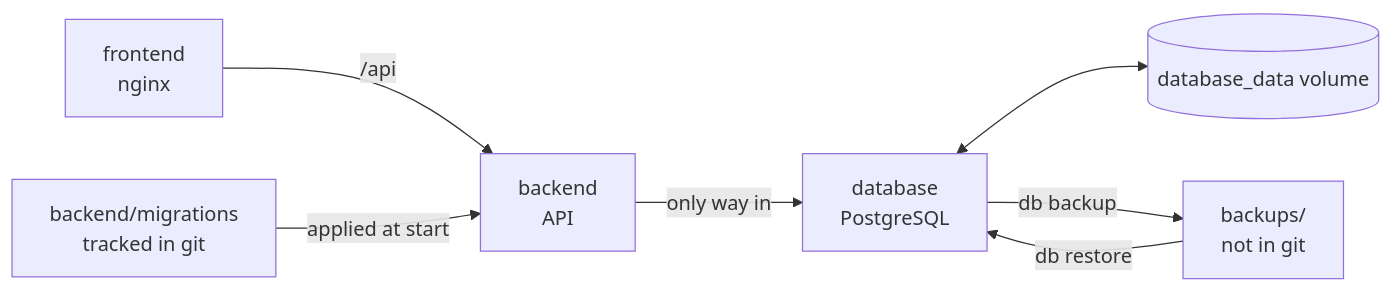
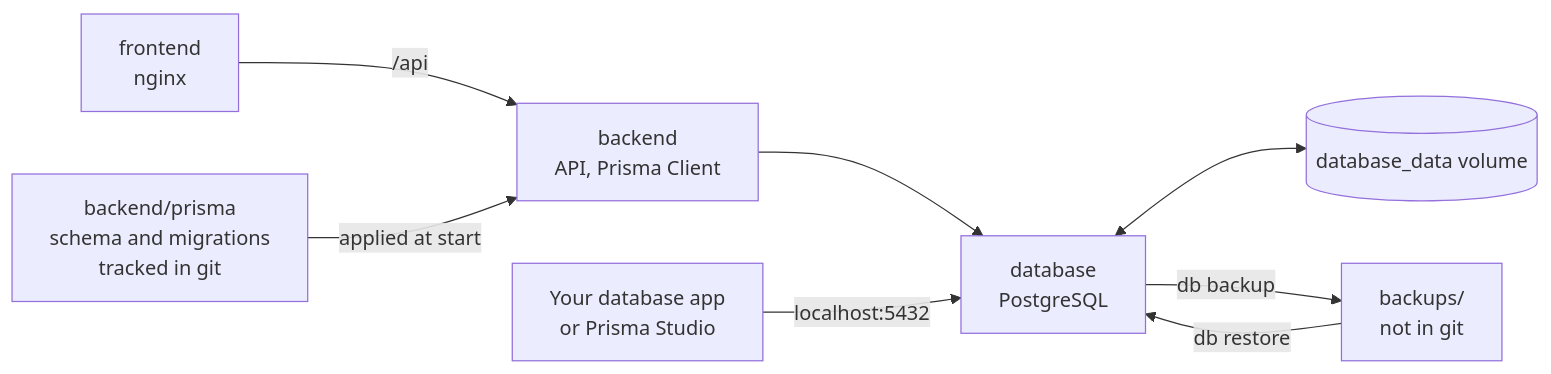
Before and after one commit to biruklarebo/veylith: the first of 4 diagrams in docs/database.md, drawn with Mermaid. The commit also changed other lines of this file and 22 other files, not shown here.

````diff
--- a/docs/database.md
+++ b/docs/database.md
@@ -5,16 +7,18 @@
 ```mermaid
 flowchart LR
     frontend["frontend<br/>nginx"]
-    backend["backend<br/>API"]
+    backend["backend<br/>API, Prisma Client"]
     database["database<br/>PostgreSQL"]
     volume[("database_data volume")]
-    migrations["backend/migrations<br/>tracked in git"]
+    schema["backend/prisma<br/>schema and migrations<br/>tracked in git"]
+    you["Your database app<br/>or Prisma Studio"]
     backups["backups/<br/>not in git"]
 
     frontend -- "/api" --> backend
-    backend -- "only way in" --> database
+    backend --> database
+    you -- "localhost:5432" --> database
     database <--> volume
-    migrations -- "applied at start" --> backend
+    schema -- "applied at start" --> backend
     database -- "db backup" --> backups
     backups -- "db restore" --> database
 ```
````
